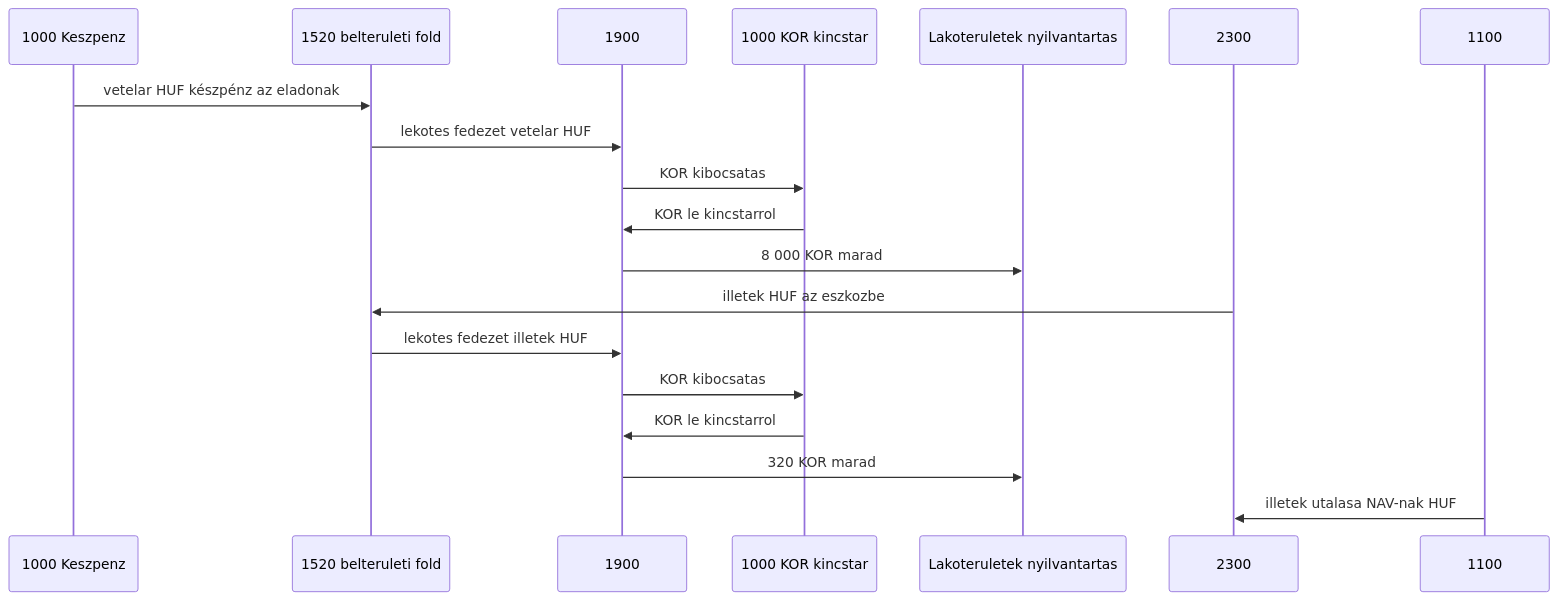
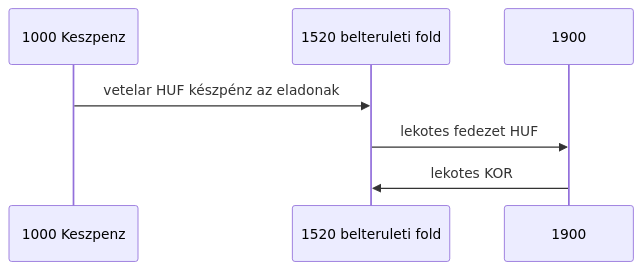
Before and after one commit to pitiboy/curr: the fifth of 15 diagrams in docs/transaction-workflow.md, drawn with Mermaid. The commit also changed other lines of this file and 36 other files, not shown here.

````diff
--- a/docs/transaction-workflow.md
+++ b/docs/transaction-workflow.md
@@ -303,22 +273,10 @@
 ```mermaid
 sequenceDiagram
   participant Penztar as 1000 Keszpenz
   participant Telek as 1520 belteruleti fold
   participant Atv as 1900
-  participant Kt as 1000 KOR kincstar
-  participant Nyilv as Lakoteruletek nyilvantartas
-  participant Ado as 2300
-  participant Bank as 1100
 
   Penztar->>Telek: vetelar HUF készpénz az eladonak
-  Telek->>Atv: lekotes fedezet vetelar HUF
-  Atv->>Kt: KOR kibocsatas
-  Kt->>Atv: KOR le kincstarrol
-  Atv->>Nyilv: 8 000 KOR marad
-  Ado->>Telek: illetek HUF az eszkozbe
-  Telek->>Atv: lekotes fedezet illetek HUF
-  Atv->>Kt: KOR kibocsatas
-  Kt->>Atv: KOR le kincstarrol
-  Atv->>Nyilv: 320 KOR marad
-  Bank->>Ado: illetek utalasa NAV-nak HUF
+  Telek->>Atv: lekotes fedezet HUF
+  Atv->>Telek: lekotes KOR
 ```
````
